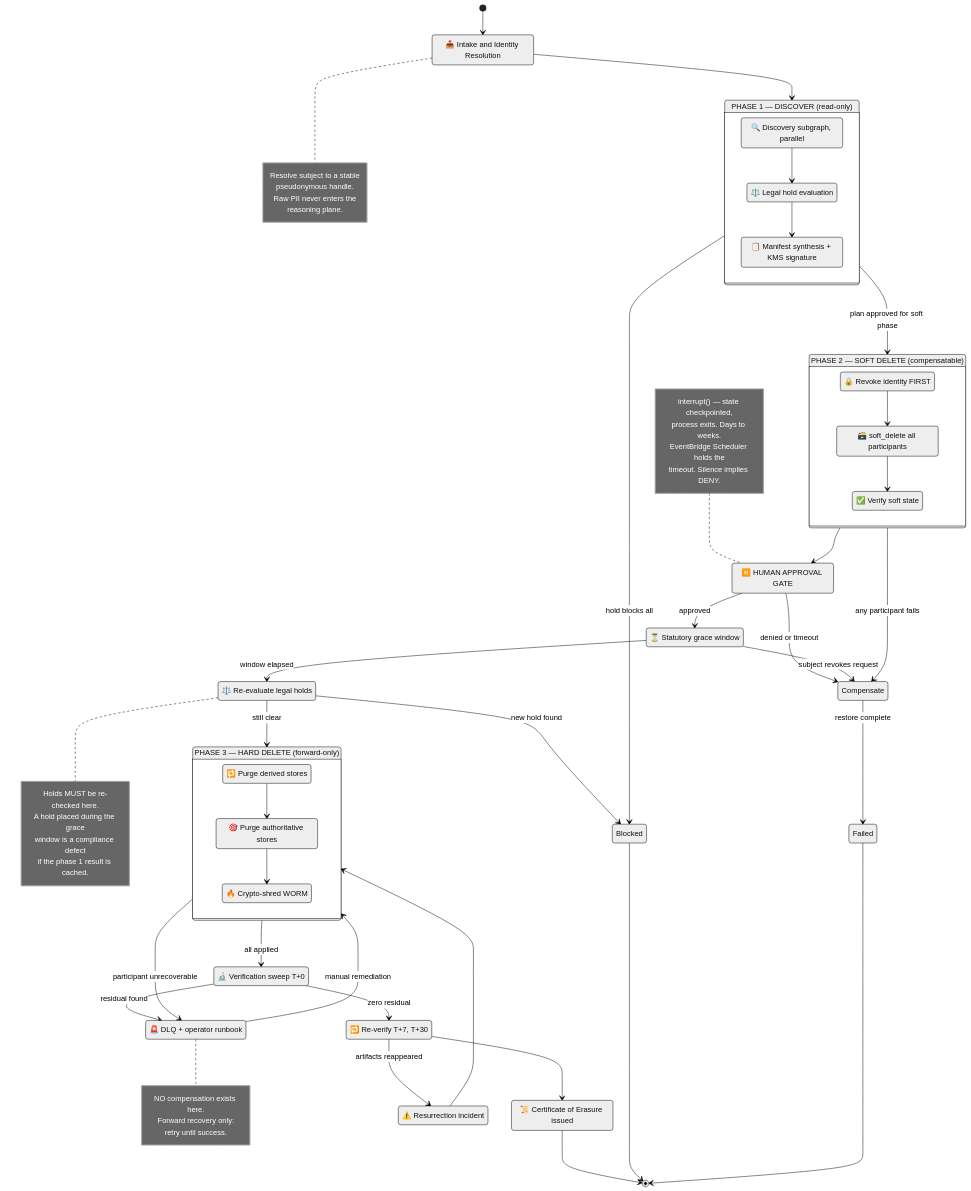
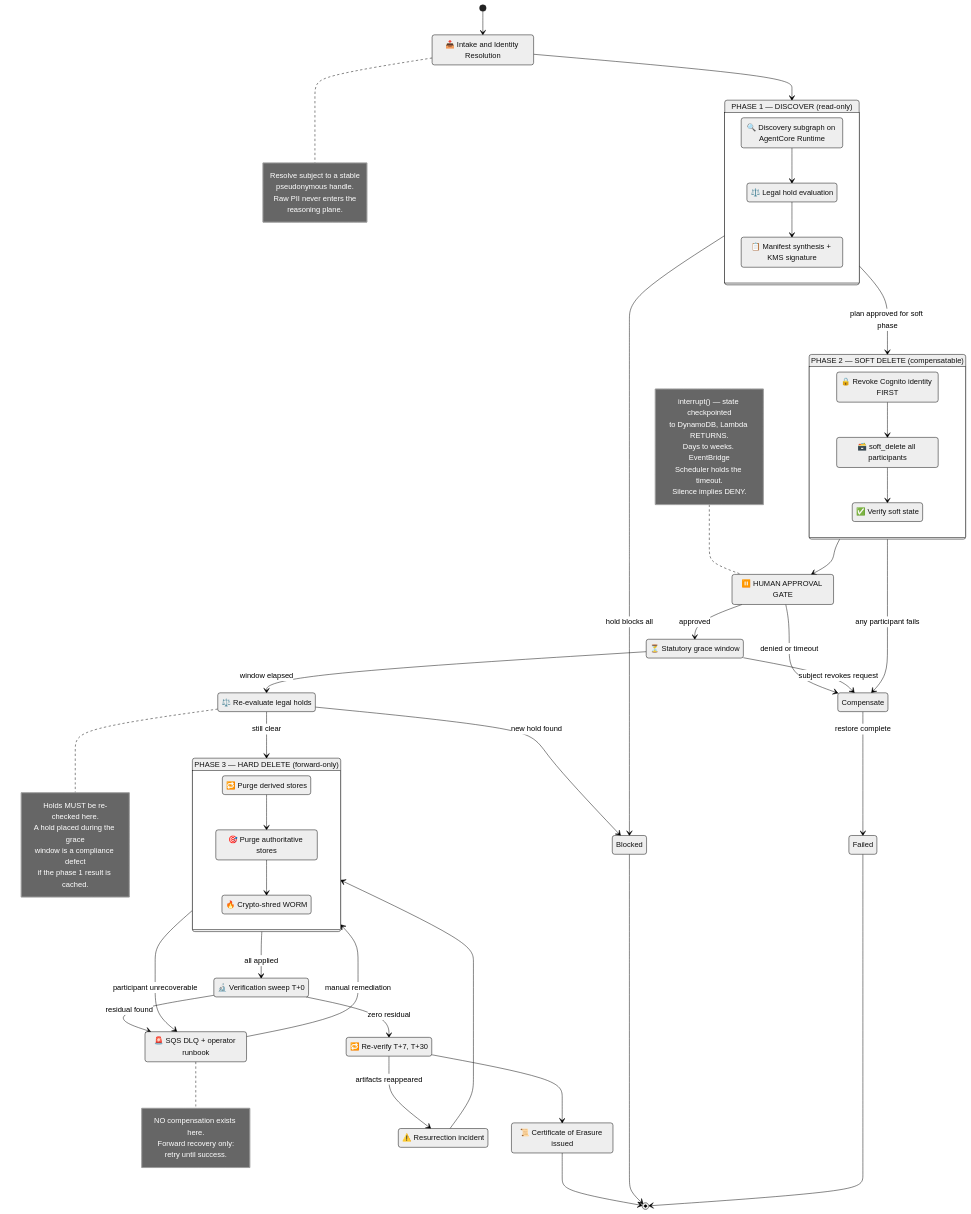
Before and after one commit to andaro74/agentic-pii-erasure: the diagram in docs/diagrams/02-three-phase-saga.mermaid, drawn with Mermaid (neutral theme). The commit also changed 30 other files, not shown here.

First line of the commit message:
Architecture baseline v0.2: AWS-only serverless on Bedrock AgentCore

```diff
--- a/docs/diagrams/02-three-phase-saga.mermaid
+++ b/docs/diagrams/02-three-phase-saga.mermaid
@@ -1,96 +1,97 @@
 %% ASDP · The three-phase saga.
 %% Phases differ by recovery model, separated by the approval gate.
 %% Source of truth: ARCHITECTURE.md §5. See ADR-002.
 stateDiagram-v2
     direction TB
     [*] --> Intake
 
     Intake: 📥 Intake and Identity Resolution
     note right of Intake
         Resolve subject to a stable
         pseudonymous handle.
         Raw PII never enters the
         reasoning plane.
     end note
 
     state "PHASE 1 — DISCOVER (read-only)" as P1 {
-        Discovery: 🔍 Discovery subgraph, parallel
+        Discovery: 🔍 Discovery subgraph on AgentCore Runtime
         HoldCheck: ⚖️ Legal hold evaluation
         Planning: 📋 Manifest synthesis + KMS signature
         Discovery --> HoldCheck
         HoldCheck --> Planning
     }
 
     state "PHASE 2 — SOFT DELETE (compensatable)" as P2 {
-        Revoke: 🔒 Revoke identity FIRST
+        Revoke: 🔒 Revoke Cognito identity FIRST
         SoftAll: 🗃️ soft_delete all participants
         VerifySoft: ✅ Verify soft state
         Revoke --> SoftAll
         SoftAll --> VerifySoft
     }
 
     state "PHASE 3 — HARD DELETE (forward-only)" as P3 {
         Derived: 🔁 Purge derived stores
         Auth: 🎯 Purge authoritative stores
         Shred: 🔥 Crypto-shred WORM
         Derived --> Auth
         Auth --> Shred
     }
 
     Intake --> P1
     P1 --> Blocked: hold blocks all
     P1 --> P2: plan approved for soft phase
     P2 --> Compensate: any participant fails
     Compensate --> Failed: restore complete
     P2 --> AwaitApproval
 
     AwaitApproval: ⏸️ HUMAN APPROVAL GATE
     note left of AwaitApproval
-        interrupt() — state checkpointed,
-        process exits. Days to weeks.
-        EventBridge Scheduler holds the
-        timeout. Silence implies DENY.
+        interrupt() — state checkpointed
+        to DynamoDB, Lambda RETURNS.
+        Days to weeks. EventBridge
+        Scheduler holds the timeout.
+        Silence implies DENY.
     end note
 
     AwaitApproval --> Grace: approved
     AwaitApproval --> Compensate: denied or timeout
 
     Grace: ⏳ Statutory grace window
     Grace --> Compensate: subject revokes request
     Grace --> Recheck: window elapsed
 
     Recheck: ⚖️ Re-evaluate legal holds
     note right of Recheck
         Holds MUST be re-checked here.
         A hold placed during the grace
         window is a compliance defect
         if the phase 1 result is cached.
     end note
     Recheck --> Blocked: new hold found
     Recheck --> P3: still clear
 
     P3 --> Verify: all applied
     P3 --> Stuck: participant unrecoverable
 
-    Stuck: 🚨 DLQ + operator runbook
+    Stuck: 🚨 SQS DLQ + operator runbook
     note right of Stuck
         NO compensation exists here.
         Forward recovery only:
         retry until success.
     end note
     Stuck --> P3: manual remediation
 
     Verify: 🔬 Verification sweep T+0
     Verify --> Sweeps: zero residual
     Verify --> Stuck: residual found
 
     Sweeps: 🔁 Re-verify T+7, T+30
     Sweeps --> Resurrection: artifacts reappeared
     Resurrection: ⚠️ Resurrection incident
     Resurrection --> P3
 
     Sweeps --> Certified
     Certified: 📜 Certificate of Erasure issued
     Certified --> [*]
     Blocked --> [*]
     Failed --> [*]
```
